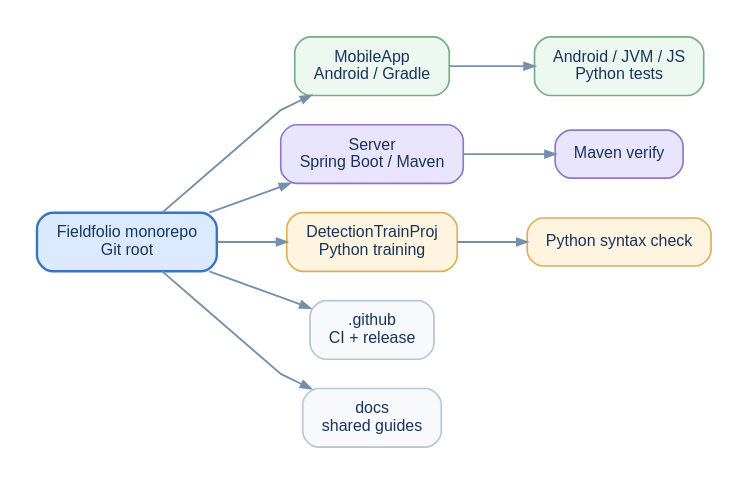
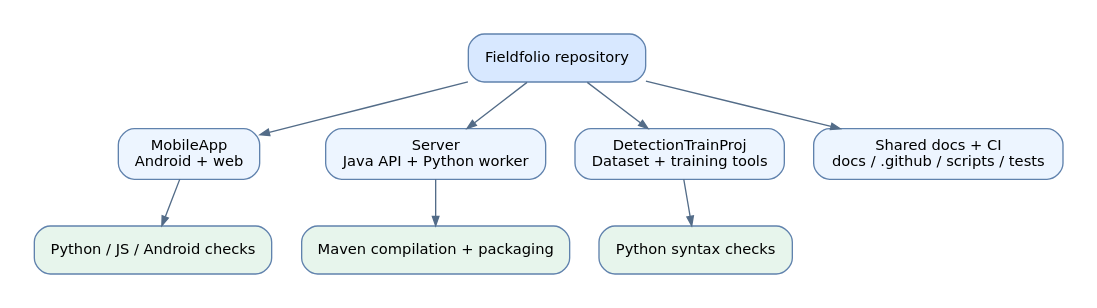
One commit to KarandaevRuslan/FieldFolio changed the diagram in docs/diagrams/repository-layout.dot. Above: the diagram before and after it, drawn with Graphviz. The commit also changed 58 other files, not shown here.

```diff
--- a/docs/diagrams/repository-layout.dot
+++ b/docs/diagrams/repository-layout.dot
@@ -1,21 +1,15 @@
 digraph Fieldfolio {
-  graph [rankdir=LR, bgcolor="white", pad="0.28", nodesep="0.30", ranksep="0.67",
-         splines=polyline, fontname="Arial", fontsize=15];
-  node  [shape=box, style="rounded,filled", fillcolor="#eff6ff", color="#7196c5",
-         fontcolor="#17345b", fontname="Arial", fontsize=12, margin="0.20,0.12", penwidth=1.25];
-  edge  [color="#7590aa", arrowsize=0.75, penwidth=1.4, fontname="Arial",
-         fontsize=10, fontcolor="#405b75"];
-  Repo [label="Fieldfolio monorepo\nGit root", fillcolor="#dceaff", color="#3875c0", penwidth=1.8];
-  App [label="MobileApp\nAndroid / Gradle", fillcolor="#edf8f0", color="#76ad83"];
-  Server [label="Server\nSpring Boot / Maven", fillcolor="#e9e5ff", color="#8e78c9"];
-  Train [label="DetectionTrainProj\nPython training", fillcolor="#fff4e0", color="#e0ad54"];
-  CI [label=".github\nCI + release", fillcolor="#f7f9fc", color="#b8c5d4"];
-  Docs [label="docs\nshared guides", fillcolor="#f7f9fc", color="#b8c5d4"];
-  AppTests [label="Android / JVM / JS\nPython tests", fillcolor="#edf8f0", color="#76ad83"];
-  ServerTests [label="Maven verify", fillcolor="#e9e5ff", color="#8e78c9"];
-  TrainTests [label="Python syntax check", fillcolor="#fff4e0", color="#e0ad54"];
-
-  Repo -> App; Repo -> Server; Repo -> Train; Repo -> CI; Repo -> Docs;
-  App -> AppTests; Server -> ServerTests; Train -> TrainTests;
-  {rank=same; App; Server; Train; CI; Docs}
+graph [rankdir=TB, bgcolor="white", pad="0.25", nodesep="0.30", ranksep="0.48", fontname="DejaVu Sans"];
+node [shape=box, style="rounded,filled", fillcolor="#edf5ff", color="#6082ad", fontname="DejaVu Sans", fontsize=11, margin="0.16,0.10"];
+edge [color="#536c88", fontname="DejaVu Sans", fontsize=10, arrowsize=0.7];
+Repo [label="Fieldfolio repository", fillcolor="#d8e8ff"];
+App [label="MobileApp\nAndroid + web"];
+Server [label="Server\nJava API + Python worker"];
+Train [label="DetectionTrainProj\nDataset + training tools"];
+Shared [label="Shared docs + CI\ndocs / .github / scripts / tests"];
+Repo -> App; Repo -> Server; Repo -> Train; Repo -> Shared;
+AppCheck [label="Python / JS / Android checks",fillcolor="#e7f5ec"];
+ServerCheck [label="Maven compilation + packaging",fillcolor="#e7f5ec"];
+TrainCheck [label="Python syntax checks",fillcolor="#e7f5ec"];
+App -> AppCheck; Server -> ServerCheck; Train -> TrainCheck;
 }
```
